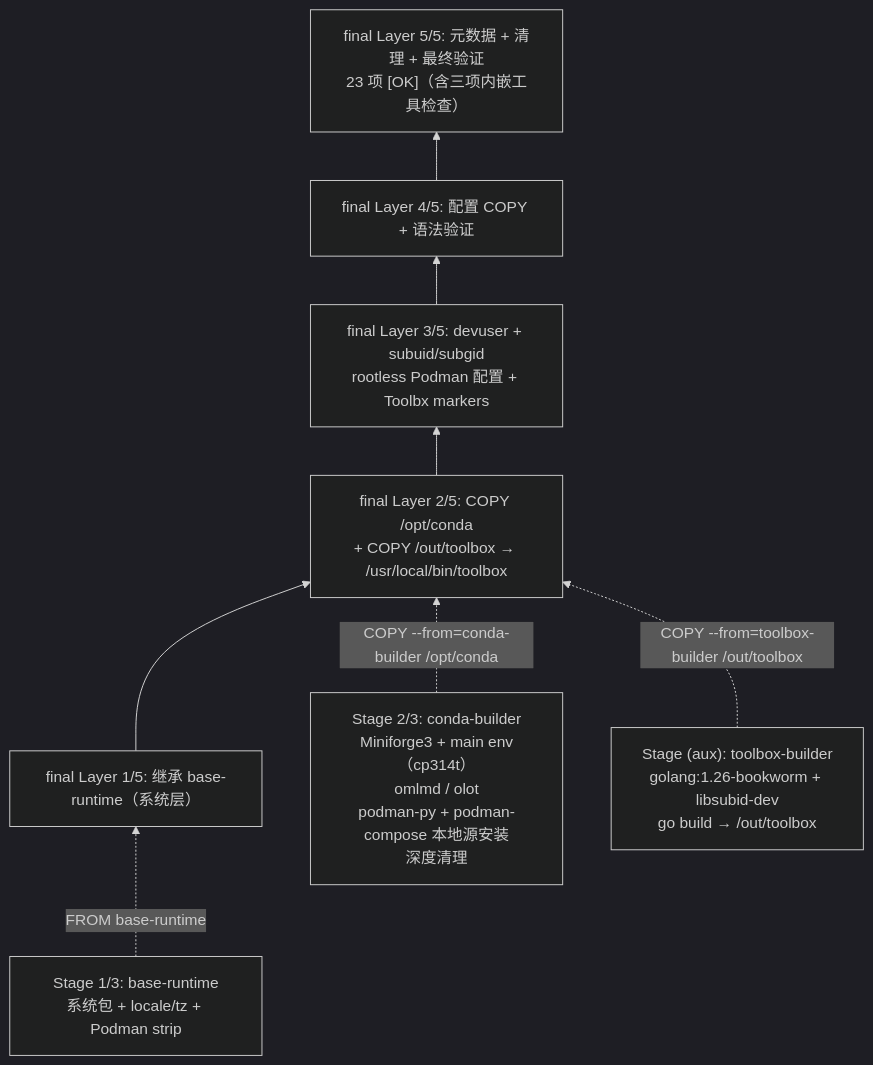
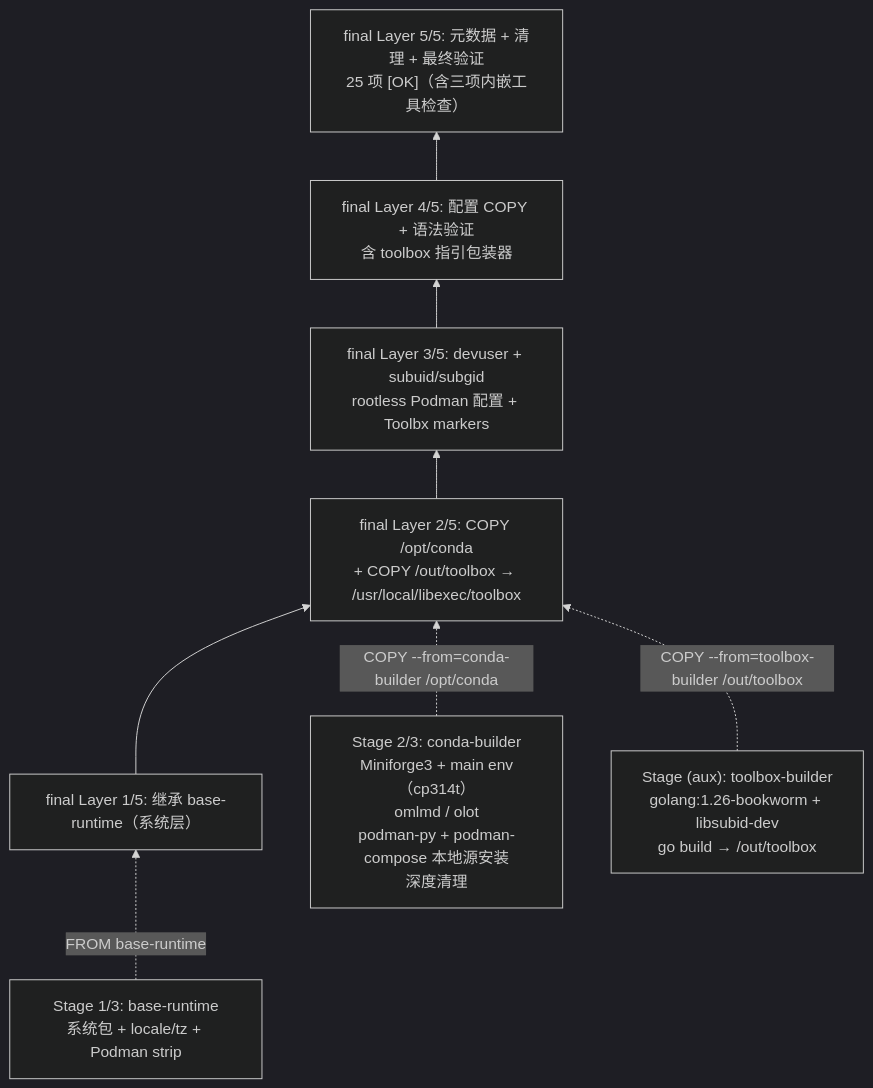
Before and after one commit to xinetzone/SpecWeave: the diagram in apps/containers/jupyter-podman-rootless/docs/04-image-architecture.md, drawn with Mermaid (dark theme). The commit also changed other lines of this file and 10 other files, not shown here.

````diff
--- a/apps/containers/jupyter-podman-rootless/docs/04-image-architecture.md
+++ b/apps/containers/jupyter-podman-rootless/docs/04-image-architecture.md
@@ -12,15 +12,15 @@
 ```mermaid
 flowchart BT
     BR["Stage 1/3: base-runtime<br/>系统包 + locale/tz + Podman strip"]
     TB["Stage (aux): toolbox-builder<br/>golang:1.26-bookworm + libsubid-dev<br/>go build → /out/toolbox"]
     CB["Stage 2/3: conda-builder<br/>Miniforge3 + main env（cp314t）<br/>omlmd / olot<br/>podman-py + podman-compose 本地源安装<br/>深度清理"]
     L1["final Layer 1/5: 继承 base-runtime（系统层）"]
-    L2["final Layer 2/5: COPY /opt/conda<br/>+ COPY /out/toolbox → /usr/local/bin/toolbox"]
+    L2["final Layer 2/5: COPY /opt/conda<br/>+ COPY /out/toolbox → /usr/local/libexec/toolbox"]
     L3["final Layer 3/5: devuser + subuid/subgid<br/>rootless Podman 配置 + Toolbx markers"]
-    L4["final Layer 4/5: 配置 COPY + 语法验证"]
-    L5["final Layer 5/5: 元数据 + 清理 + 最终验证<br/>23 项 [OK]（含三项内嵌工具检查）"]
+    L4["final Layer 4/5: 配置 COPY + 语法验证<br/>含 toolbox 指引包装器"]
+    L5["final Layer 5/5: 元数据 + 清理 + 最终验证<br/>25 项 [OK]（含三项内嵌工具检查）"]
     L1 --> L2 --> L3 --> L4 --> L5
     BR -. "FROM base-runtime" .-> L1
     CB -. "COPY --from=conda-builder /opt/conda" .-> L2
     TB -. "COPY --from=toolbox-builder /out/toolbox" .-> L2
 ```
````
